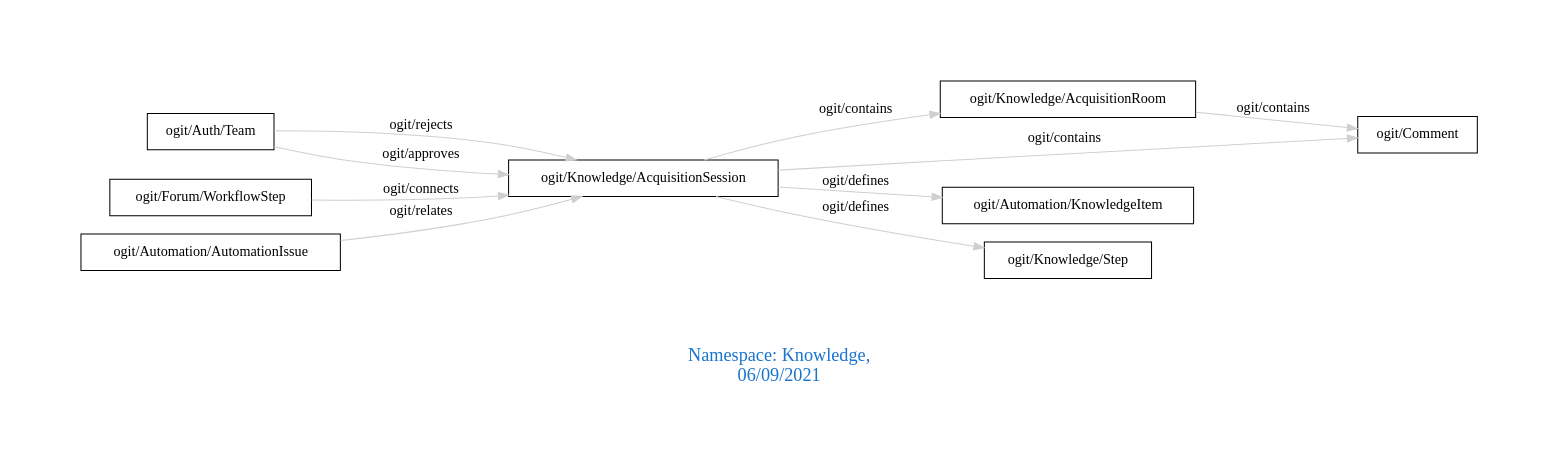
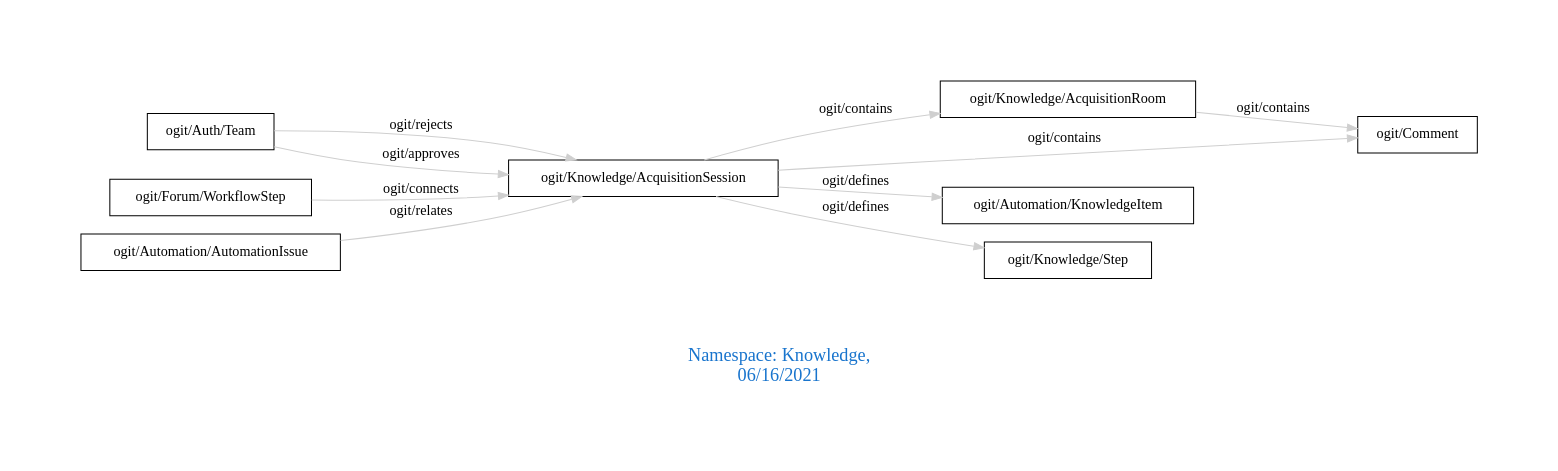
Before and after one commit to arago/OGIT: the diagram in downloads/Knowledge.dot, drawn with Graphviz. The commit also changed 1884 other files, not shown here.

```diff
--- a/downloads/Knowledge.dot
+++ b/downloads/Knowledge.dot
@@ -1,17 +1,17 @@
 digraph OGIT_ontology {
  graph [ rankdir= LR,pad=1 
 fontsize = 18,
-fontcolor= dodgerblue3,label = "\n\n\nNamespace: Knowledge, \n 06/09/2021"];
+fontcolor= dodgerblue3,label = "\n\n\nNamespace: Knowledge, \n 06/16/2021"];
 node[shape=polygon];
 edge [  color="gray81"];
 
    "ogit/Knowledge/AcquisitionRoom" -> "ogit/Comment" [label="   ogit/contains    "];
    "ogit/Knowledge/AcquisitionSession" -> "ogit/Comment" [label="   ogit/contains    "];
    "ogit/Knowledge/AcquisitionSession" -> "ogit/Knowledge/AcquisitionRoom" [label="   ogit/contains    "];
    "ogit/Knowledge/AcquisitionSession" -> "ogit/Automation/KnowledgeItem" [label="   ogit/defines    "];
    "ogit/Knowledge/AcquisitionSession" -> "ogit/Knowledge/Step" [label="   ogit/defines    "];
    "ogit/Auth/Team" -> "ogit/Knowledge/AcquisitionSession" [label="   ogit/rejects    "];
    "ogit/Forum/WorkflowStep" -> "ogit/Knowledge/AcquisitionSession" [label="   ogit/connects    "];
    "ogit/Auth/Team" -> "ogit/Knowledge/AcquisitionSession" [label="   ogit/approves    "];
    "ogit/Automation/AutomationIssue" -> "ogit/Knowledge/AcquisitionSession" [label="   ogit/relates    "];
 }
```
